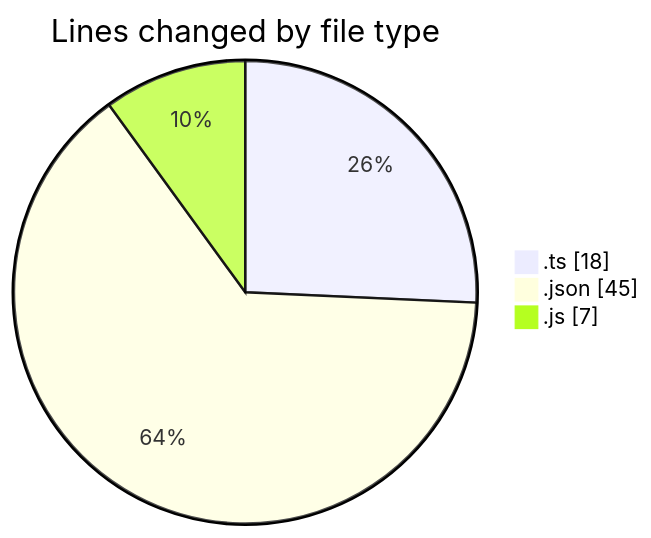
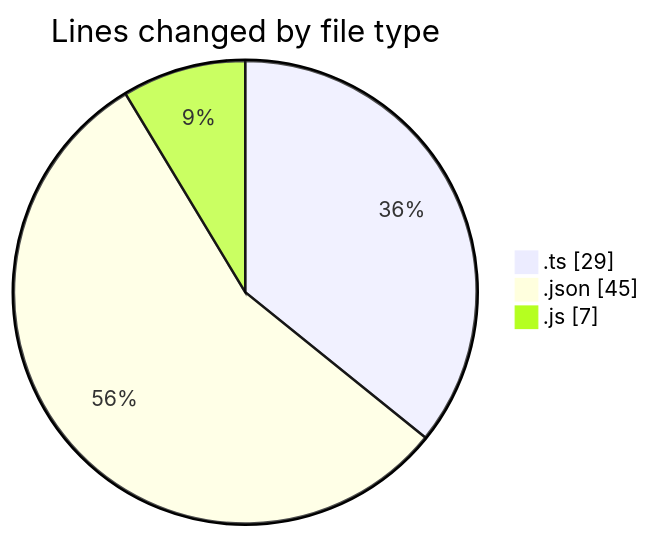
Before and after one commit to igalym/code-tracking: the first of 2 diagrams in 2026-03-02/typescript/README.md, drawn with Mermaid. The commit also changed other lines of this file and 1 other file, not shown here.

````diff
--- a/2026-03-02/typescript/README.md
+++ b/2026-03-02/typescript/README.md
@@ -23,7 +23,7 @@
 ```mermaid
 pie showData
 title Lines changed by file type
-".ts" : 18
+".ts" : 29
 ".json" : 45
 ".js" : 7
 ```
````
